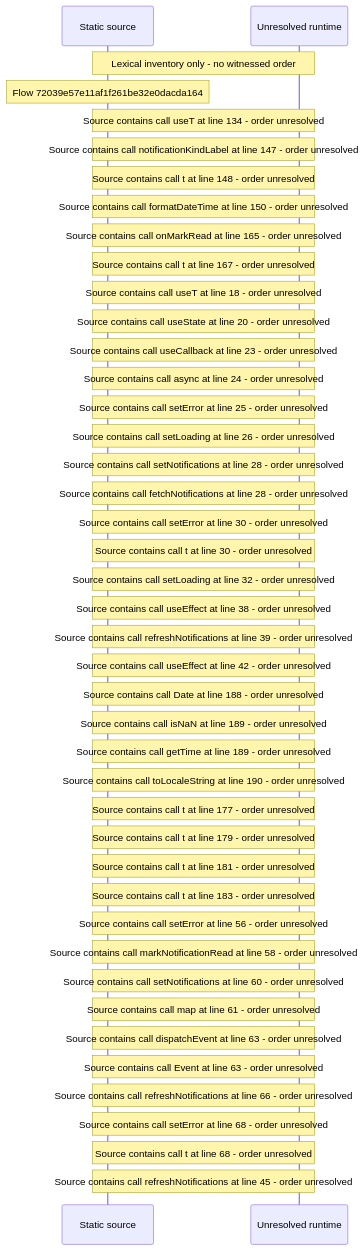
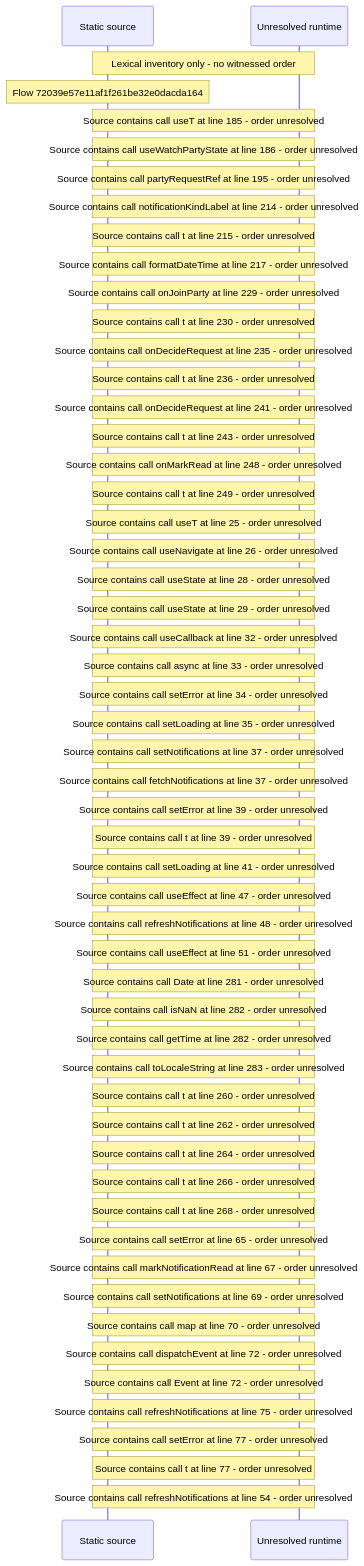
One commit to beamfall/core changed the diagram in docs/web/flows/generated/72039e57e11af1f261be32e0dacda164/flow-diagram.md. Above: the diagram before and after it, drawn with Mermaid. The commit also changed other lines of this file and 714 other files, not shown here.

Commit message:
Regenerate the web flow record on the batch 5 head (CORE-1762)

````diff
--- a/docs/web/flows/generated/72039e57e11af1f261be32e0dacda164/flow-diagram.md
+++ b/docs/web/flows/generated/72039e57e11af1f261be32e0dacda164/flow-diagram.md
@@ -10,45 +10,56 @@
 ```mermaid
 sequenceDiagram
     participant S as Static source
     participant U as Unresolved runtime
     Note over S,U: Lexical inventory only - no witnessed order
     Note over S: Flow 72039e57e11af1f261be32e0dacda164
-    Note over S,U: Source contains call useT at line 134 - order unresolved
-    Note over S,U: Source contains call notificationKindLabel at line 147 - order unresolved
-    Note over S,U: Source contains call t at line 148 - order unresolved
-    Note over S,U: Source contains call formatDateTime at line 150 - order unresolved
-    Note over S,U: Source contains call onMarkRead at line 165 - order unresolved
-    Note over S,U: Source contains call t at line 167 - order unresolved
-    Note over S,U: Source contains call useT at line 18 - order unresolved
-    Note over S,U: Source contains call useState at line 20 - order unresolved
-    Note over S,U: Source contains call useCallback at line 23 - order unresolved
-    Note over S,U: Source contains call async at line 24 - order unresolved
-    Note over S,U: Source contains call setError at line 25 - order unresolved
-    Note over S,U: Source contains call setLoading at line 26 - order unresolved
-    Note over S,U: Source contains call setNotifications at line 28 - order unresolved
-    Note over S,U: Source contains call fetchNotifications at line 28 - order unresolved
-    Note over S,U: Source contains call setError at line 30 - order unresolved
-    Note over S,U: Source contains call t at line 30 - order unresolved
-    Note over S,U: Source contains call setLoading at line 32 - order unresolved
-    Note over S,U: Source contains call useEffect at line 38 - order unresolved
-    Note over S,U: Source contains call refreshNotifications at line 39 - order unresolved
-    Note over S,U: Source contains call useEffect at line 42 - order unresolved
-    Note over S,U: Source contains call Date at line 188 - order unresolved
-    Note over S,U: Source contains call isNaN at line 189 - order unresolved
-    Note over S,U: Source contains call getTime at line 189 - order unresolved
-    Note over S,U: Source contains call toLocaleString at line 190 - order unresolved
-    Note over S,U: Source contains call t at line 177 - order unresolved
-    Note over S,U: Source contains call t at line 179 - order unresolved
-    Note over S,U: Source contains call t at line 181 - order unresolved
-    Note over S,U: Source contains call t at line 183 - order unresolved
-    Note over S,U: Source contains call setError at line 56 - order unresolved
-    Note over S,U: Source contains call markNotificationRead at line 58 - order unresolved
-    Note over S,U: Source contains call setNotifications at line 60 - order unresolved
-    Note over S,U: Source contains call map at line 61 - order unresolved
-    Note over S,U: Source contains call dispatchEvent at line 63 - order unresolved
-    Note over S,U: Source contains call Event at line 63 - order unresolved
-    Note over S,U: Source contains call refreshNotifications at line 66 - order unresolved
-    Note over S,U: Source contains call setError at line 68 - order unresolved
-    Note over S,U: Source contains call t at line 68 - order unresolved
-    Note over S,U: Source contains call refreshNotifications at line 45 - order unresolved
+    Note over S,U: Source contains call useT at line 185 - order unresolved
+    Note over S,U: Source contains call useWatchPartyState at line 186 - order unresolved
+    Note over S,U: Source contains call partyRequestRef at line 195 - order unresolved
+    Note over S,U: Source contains call notificationKindLabel at line 214 - order unresolved
+    Note over S,U: Source contains call t at line 215 - order unresolved
+    Note over S,U: Source contains call formatDateTime at line 217 - order unresolved
+    Note over S,U: Source contains call onJoinParty at line 229 - order unresolved
+    Note over S,U: Source contains call t at line 230 - order unresolved
+    Note over S,U: Source contains call onDecideRequest at line 235 - order unresolved
+    Note over S,U: Source contains call t at line 236 - order unresolved
+    Note over S,U: Source contains call onDecideRequest at line 241 - order unresolved
+    Note over S,U: Source contains call t at line 243 - order unresolved
+    Note over S,U: Source contains call onMarkRead at line 248 - order unresolved
+    Note over S,U: Source contains call t at line 249 - order unresolved
+    Note over S,U: Source contains call useT at line 25 - order unresolved
+    Note over S,U: Source contains call useNavigate at line 26 - order unresolved
+    Note over S,U: Source contains call useState at line 28 - order unresolved
+    Note over S,U: Source contains call useState at line 29 - order unresolved
+    Note over S,U: Source contains call useCallback at line 32 - order unresolved
+    Note over S,U: Source contains call async at line 33 - order unresolved
+    Note over S,U: Source contains call setError at line 34 - order unresolved
+    Note over S,U: Source contains call setLoading at line 35 - order unresolved
+    Note over S,U: Source contains call setNotifications at line 37 - order unresolved
+    Note over S,U: Source contains call fetchNotifications at line 37 - order unresolved
+    Note over S,U: Source contains call setError at line 39 - order unresolved
+    Note over S,U: Source contains call t at line 39 - order unresolved
+    Note over S,U: Source contains call setLoading at line 41 - order unresolved
+    Note over S,U: Source contains call useEffect at line 47 - order unresolved
+    Note over S,U: Source contains call refreshNotifications at line 48 - order unresolved
+    Note over S,U: Source contains call useEffect at line 51 - order unresolved
+    Note over S,U: Source contains call Date at line 281 - order unresolved
+    Note over S,U: Source contains call isNaN at line 282 - order unresolved
+    Note over S,U: Source contains call getTime at line 282 - order unresolved
+    Note over S,U: Source contains call toLocaleString at line 283 - order unresolved
+    Note over S,U: Source contains call t at line 260 - order unresolved
+    Note over S,U: Source contains call t at line 262 - order unresolved
+    Note over S,U: Source contains call t at line 264 - order unresolved
+    Note over S,U: Source contains call t at line 266 - order unresolved
+    Note over S,U: Source contains call t at line 268 - order unresolved
+    Note over S,U: Source contains call setError at line 65 - order unresolved
+    Note over S,U: Source contains call markNotificationRead at line 67 - order unresolved
+    Note over S,U: Source contains call setNotifications at line 69 - order unresolved
+    Note over S,U: Source contains call map at line 70 - order unresolved
+    Note over S,U: Source contains call dispatchEvent at line 72 - order unresolved
+    Note over S,U: Source contains call Event at line 72 - order unresolved
+    Note over S,U: Source contains call refreshNotifications at line 75 - order unresolved
+    Note over S,U: Source contains call setError at line 77 - order unresolved
+    Note over S,U: Source contains call t at line 77 - order unresolved
+    Note over S,U: Source contains call refreshNotifications at line 54 - order unresolved
 ```
````
